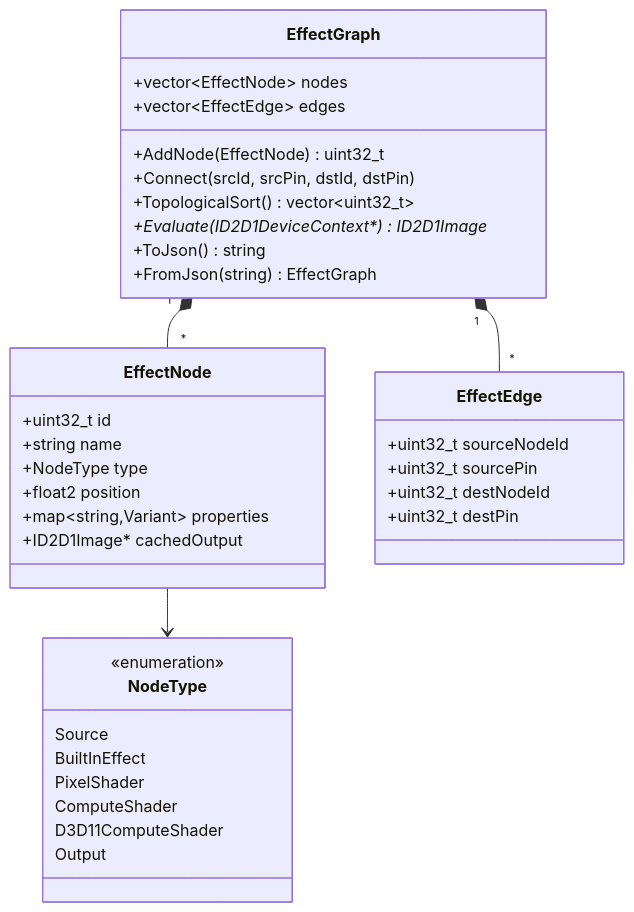
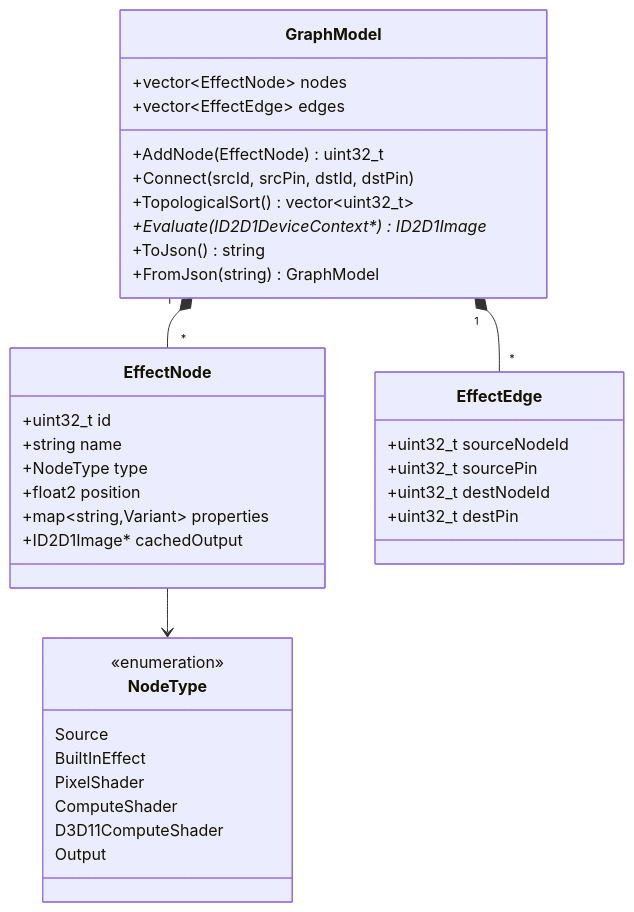
One commit to Spruill-1/ShaderLab changed the diagram in docs/architecture/effect-graph-model.md. Above: the diagram before and after it, drawn with Mermaid. The commit also changed other lines of this file and 356 other files, not shown here.

````diff
--- a/docs/architecture/effect-graph-model.md
+++ b/docs/architecture/effect-graph-model.md
@@ -3,43 +3,43 @@
 ```mermaid
 classDiagram
-    class EffectGraph {
+    class GraphModel {
         +vector~EffectNode~ nodes
         +vector~EffectEdge~ edges
         +AddNode(EffectNode) uint32_t
         +Connect(srcId, srcPin, dstId, dstPin)
         +TopologicalSort() vector~uint32_t~
         +Evaluate(ID2D1DeviceContext*) ID2D1Image*
         +ToJson() string
-        +FromJson(string) EffectGraph
+        +FromJson(string) GraphModel
     }
 
     class EffectNode {
         +uint32_t id
         +string name
         +NodeType type
         +float2 position
         +map~string,Variant~ properties
         +ID2D1Image* cachedOutput
     }
 
     class EffectEdge {
         +uint32_t sourceNodeId
         +uint32_t sourcePin
         +uint32_t destNodeId
         +uint32_t destPin
     }
 
     class NodeType {
         <<enumeration>>
         Source
         BuiltInEffect
         PixelShader
         ComputeShader
         D3D11ComputeShader
         Output
     }
 
-    EffectGraph "1" *-- "*" EffectNode
-    EffectGraph "1" *-- "*" EffectEdge
+    GraphModel "1" *-- "*" EffectNode
+    GraphModel "1" *-- "*" EffectEdge
     EffectNode --> NodeType
 ```
````
